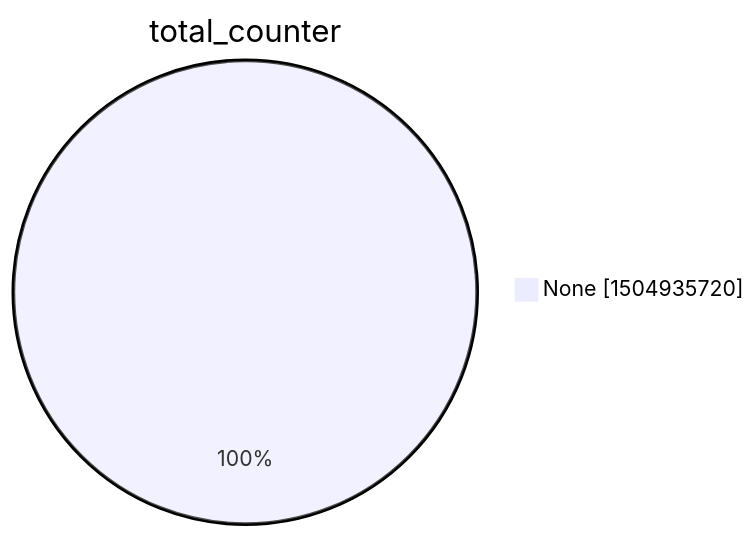
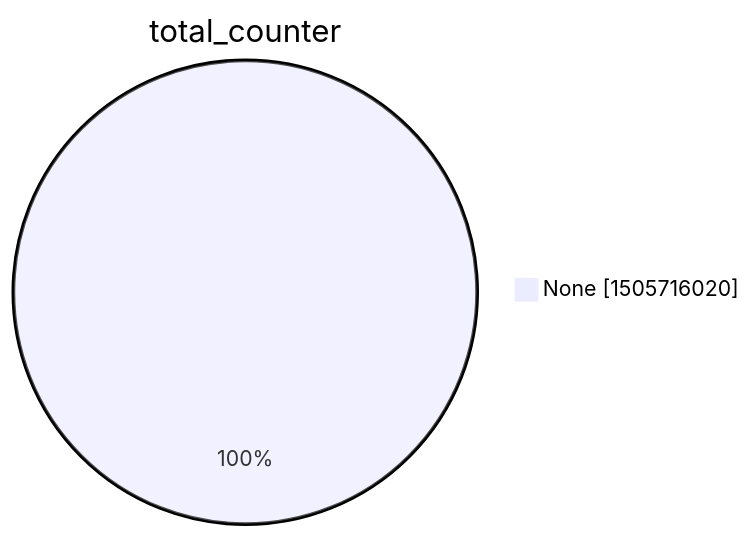
Before and after one commit to christiankrug/ctmonitor_visualization: the second of 15 diagrams in xenon2022/README.md, drawn with Mermaid. The commit also changed other lines of this file, not shown here.

````diff
--- a/xenon2022/README.md
+++ b/xenon2022/README.md
@@ -9,5 +9,5 @@
 ```mermaid
 pie showData
 title total_counter
-"None" :1504935720
+"None" :1505716020
 ```
````
